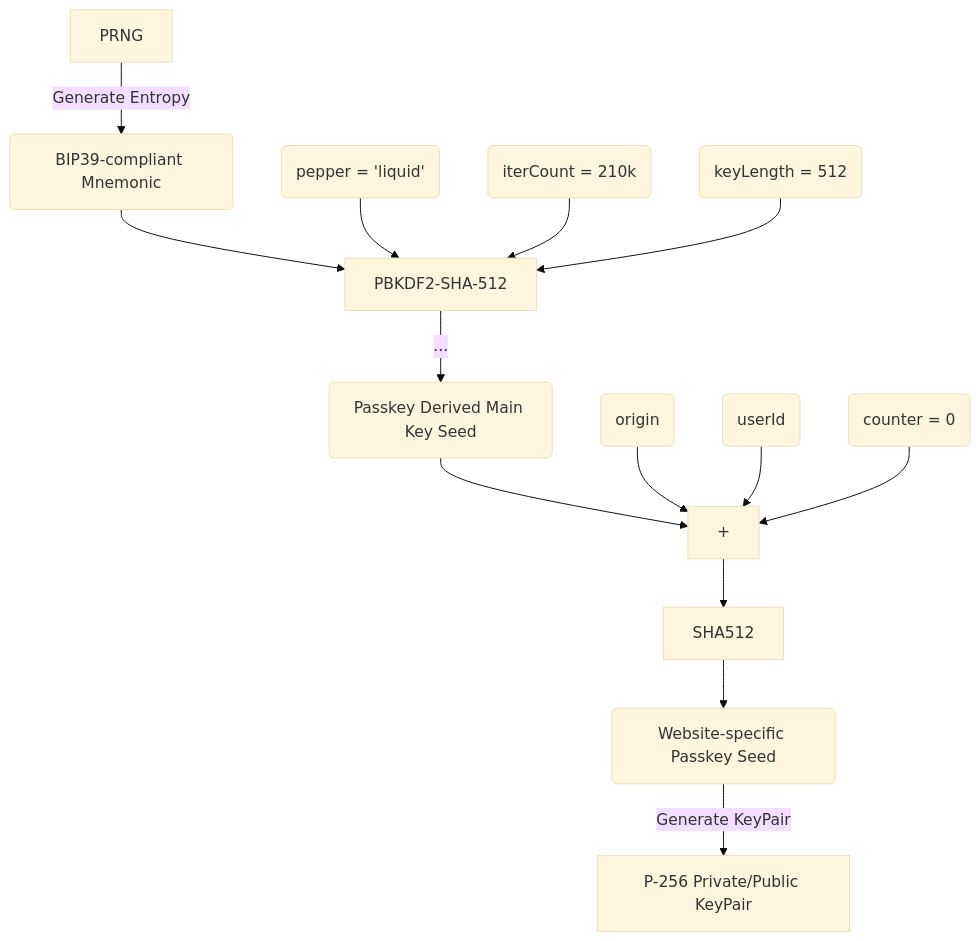
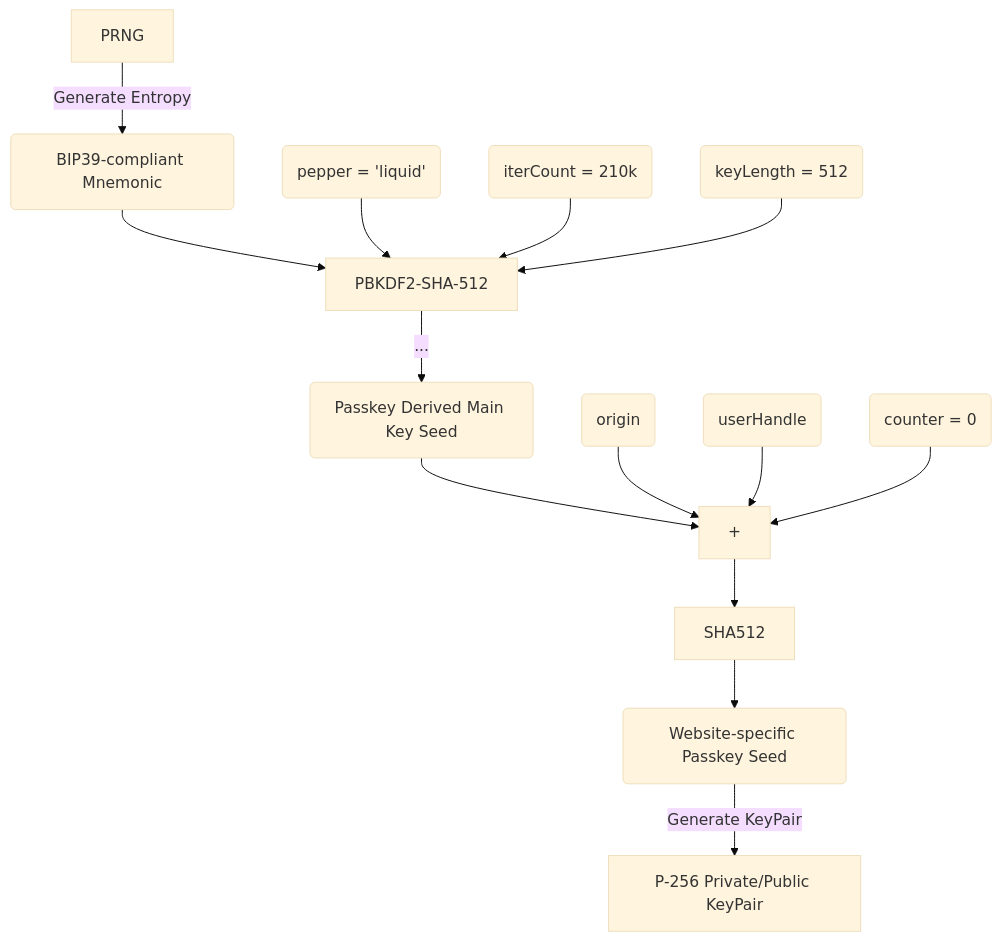
One commit to algorandfoundation/deterministic-P256-kt changed the diagram in README.md. Above: the diagram before and after it, drawn with Mermaid (base theme). The commit also changed other lines of this file and 2 other files, not shown here.

Commit message:
chore: replace userId with userHandle

````diff
--- a/README.md
+++ b/README.md
@@ -51,16 +51,16 @@
 ```mermaid
 graph TD;
     A[PRNG] -->|Generate Entropy| B(BIP39-compliant Mnemonic)
     B --> C[PBKDF2-SHA-512]
     D(pepper = 'liquid') --> C
     E(iterCount = 210k) --> C
     F(keyLength = 512) --> C
     C --> |...| G(Passkey Derived Main Key Seed)
     G --> H[+]
     I(origin) --> H
-    J(userId) --> H
+    J(userHandle) --> H
     K(counter = 0) --> H
     H --> L[SHA512]
     L --> M(Website-specific Passkey Seed)
     M --> |Generate KeyPair| N[P-256 Private/Public KeyPair]
 ```
````
